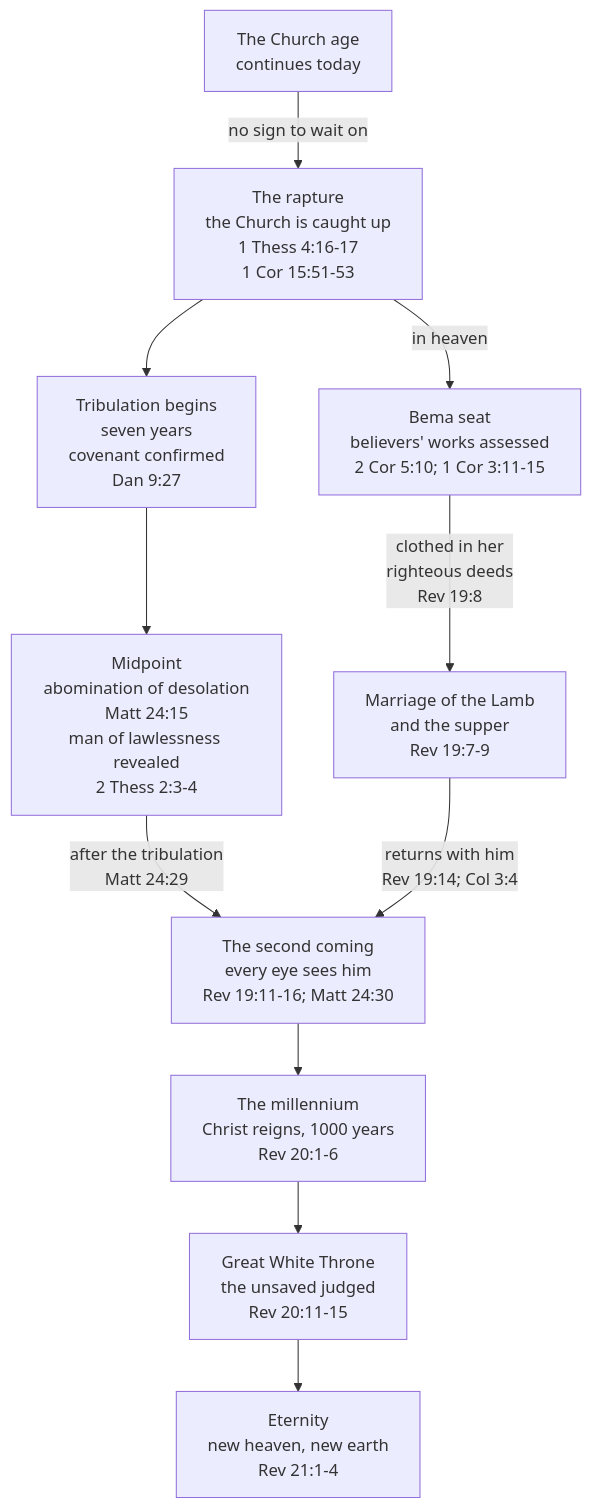
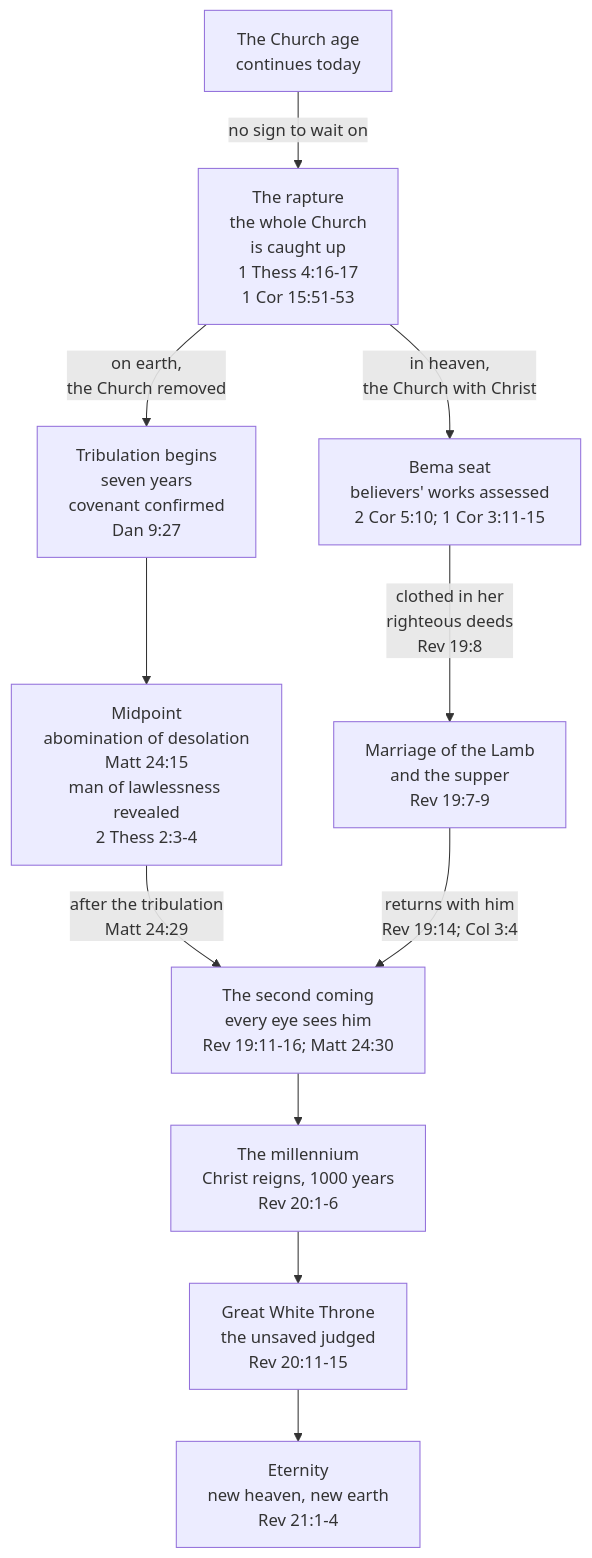
One commit to ding0t/bible_studies changed the second of 2 diagrams in docs/content/last-things/rapture.md. Above: the diagram before and after it, drawn with Mermaid. The commit also changed other lines of this file and 1 other file, not shown here.

````diff
--- a/docs/content/last-things/rapture.md
+++ b/docs/content/last-things/rapture.md
@@ -511,13 +513,13 @@
 ```mermaid
 flowchart TD
-    A["The Church age<br/>continues today"] -->|"no sign to wait on"| B["The rapture<br/>the Church is caught up<br/>1 Thess 4:16-17<br/>1 Cor 15:51-53"]
-    B --> C["Tribulation begins<br/>seven years<br/>covenant confirmed<br/>Dan 9:27"]
+    A["The Church age<br/>continues today"] -->|"no sign to wait on"| B["The rapture<br/>the whole Church<br/>is caught up<br/>1 Thess 4:16-17<br/>1 Cor 15:51-53"]
+    B -->|"on earth,<br/>the Church removed"| C["Tribulation begins<br/>seven years<br/>covenant confirmed<br/>Dan 9:27"]
     C --> D["Midpoint<br/>abomination of desolation<br/>Matt 24:15<br/>man of lawlessness revealed<br/>2 Thess 2:3-4"]
     D -->|"after the tribulation<br/>Matt 24:29"| E["The second coming<br/>every eye sees him<br/>Rev 19:11-16; Matt 24:30"]
     E --> F["The millennium<br/>Christ reigns, 1000 years<br/>Rev 20:1-6"]
     F --> G["Great White Throne<br/>the unsaved judged<br/>Rev 20:11-15"]
     G --> H["Eternity<br/>new heaven, new earth<br/>Rev 21:1-4"]
-    B -->|"in heaven"| X["Bema seat<br/>believers' works assessed<br/>2 Cor 5:10; 1 Cor 3:11-15"]
+    B -->|"in heaven,<br/>the Church with Christ"| X["Bema seat<br/>believers' works assessed<br/>2 Cor 5:10; 1 Cor 3:11-15"]
     X -->|"clothed in her<br/>righteous deeds<br/>Rev 19:8"| Y["Marriage of the Lamb<br/>and the supper<br/>Rev 19:7-9"]
     Y -->|"returns with him<br/>Rev 19:14; Col 3:4"| E
 ```
````
